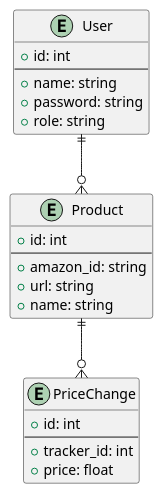
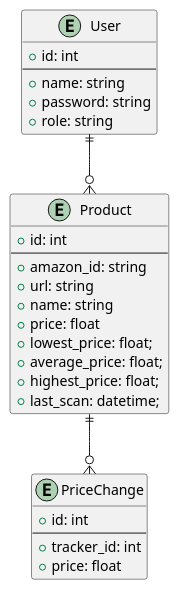
Before and after one commit to sebastienservouze/amazon-tracker-api: the diagram in docs/puml/db_schema.puml, drawn with PlantUML. The commit also changed 12 other files, not shown here.

```diff
--- a/docs/puml/db_schema.puml
+++ b/docs/puml/db_schema.puml
@@ -1,30 +1,35 @@
 @startuml
 'https://plantuml.com/class-diagram
 
 entity "User" {
     + id: int
     --
     + name: string
     + password: string
     + role: string
 }
 
 entity "Product" {
     + id: int
     --
     + amazon_id: string
     + url: string
     + name: string
+    + price: float
+    + lowest_price: float;
+    + average_price: float;
+    + highest_price: float;
+    + last_scan: datetime;
 }
 
 entity "PriceChange" {
     + id: int
     --
     + tracker_id: int
     + price: float
 }
 
 User ||--o{ Product
 Product ||--o{ PriceChange
 
 @enduml
```
